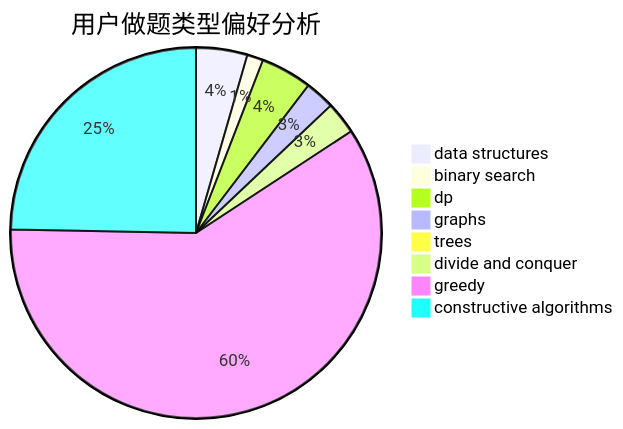
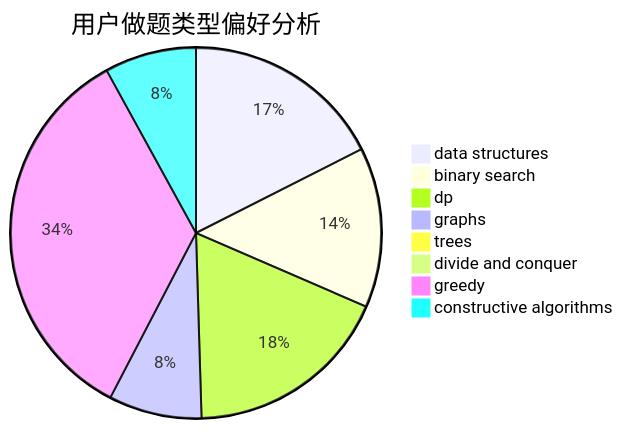
One commit to sherpahu/cfrs.github.io changed the second of 3 diagrams in docs/user/u1093.md. Above: the diagram before and after it, drawn with Mermaid. The commit also changed other lines of this file and 2770 other files, not shown here.

````diff
--- a/docs/user/u1093.md
+++ b/docs/user/u1093.md
@@ -23,11 +23,11 @@
 ```mermaid
 pie title 用户做题类型偏好分析
-    "data structures" :  19
-    "binary search" :  6
-    "dp" :  19
-    "graphs" :  11
-    "trees" :  0
-    "divide and conquer" :  12
-    "greedy" :  253
-    "constructive algorithms" :  105
+    "data structures" :  147
+    "binary search" :  117
+    "dp" :  151
+    "graphs" :  68
+    "trees" :  4
+    "divide and conquer" :  0
+    "greedy" :  288
+    "constructive algorithms" :  67
 ```
````
